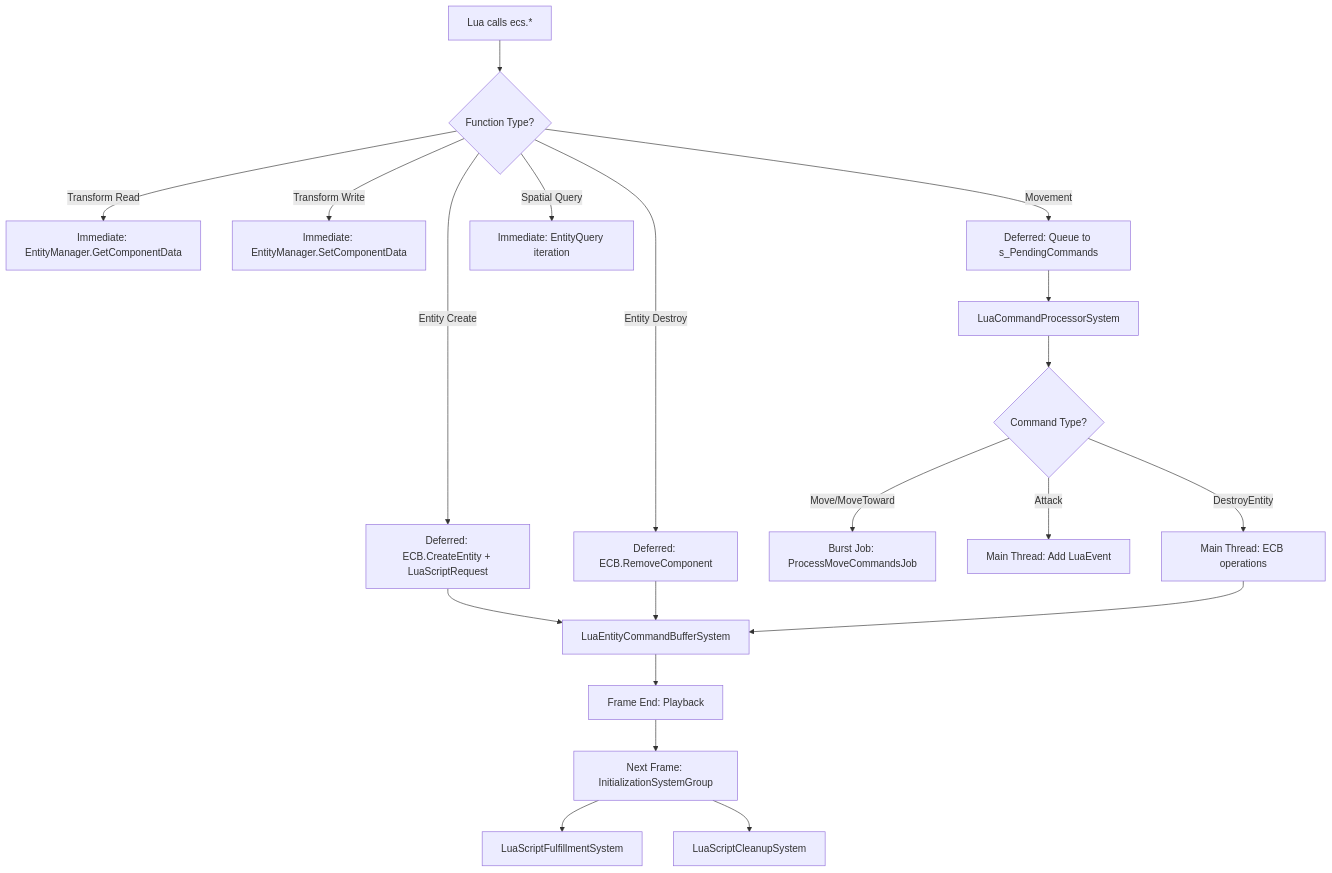
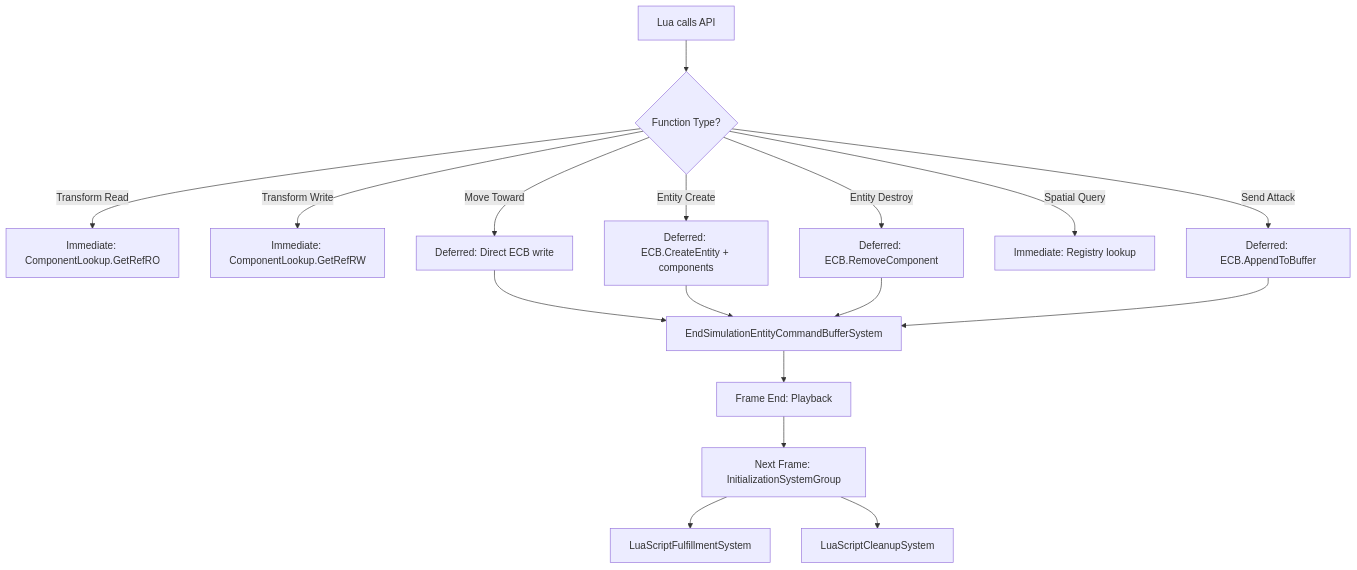
One commit to api-haus/luajit-unity changed the third of 4 diagrams in docs/flowchart-architecture.md. Above: the diagram before and after it, drawn with Mermaid. The commit also changed other lines of this file and 22 other files, not shown here.

Commit message:
refactor: finish removing lua command bridge

````diff
--- a/docs/flowchart-architecture.md
+++ b/docs/flowchart-architecture.md
@@ -141,26 +138,22 @@
 ```mermaid
 flowchart TD
-    A[Lua calls ecs.*] --> B{Function Type?}
-    
-    B -->|Transform Read| C[Immediate: EntityManager.GetComponentData]
-    B -->|Transform Write| D[Immediate: EntityManager.SetComponentData]
-    B -->|Movement| E[Deferred: Queue to s_PendingCommands]
-    B -->|Entity Create| F[Deferred: ECB.CreateEntity + LuaScriptRequest]
+    A[Lua calls API] --> B{Function Type?}
+
+    B -->|Transform Read| C[Immediate: ComponentLookup.GetRefRO]
+    B -->|Transform Write| D[Immediate: ComponentLookup.GetRefRW]
+    B -->|Move Toward| E[Deferred: Direct ECB write]
+    B -->|Entity Create| F[Deferred: ECB.CreateEntity + components]
     B -->|Entity Destroy| G[Deferred: ECB.RemoveComponent<LuaEntityId>]
-    B -->|Spatial Query| H[Immediate: EntityQuery iteration]
-    
-    E --> I[LuaCommandProcessorSystem]
-    I --> J{Command Type?}
-    J -->|Move/MoveToward| K[Burst Job: ProcessMoveCommandsJob]
-    J -->|Attack| L[Main Thread: Add LuaEvent]
-    J -->|DestroyEntity| M[Main Thread: ECB operations]
-    
-    F --> N[LuaEntityCommandBufferSystem]
-    G --> N
-    M --> N
-    N --> O[Frame End: Playback]
-    
-    O --> P[Next Frame: InitializationSystemGroup]
-    P --> Q[LuaScriptFulfillmentSystem]
-    P --> R[LuaScriptCleanupSystem]
+    B -->|Spatial Query| H[Immediate: Registry lookup]
+    B -->|Send Attack| I[Deferred: ECB.AppendToBuffer<LuaEvent>]
+
+    E --> J[EndSimulationEntityCommandBufferSystem]
+    F --> J
+    G --> J
+    I --> J
+    J --> K[Frame End: Playback]
+
+    K --> L[Next Frame: InitializationSystemGroup]
+    L --> M[LuaScriptFulfillmentSystem]
+    L --> N[LuaScriptCleanupSystem]
 ```
````
